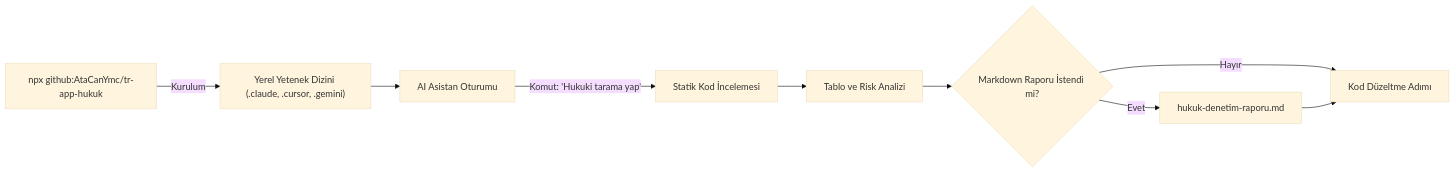
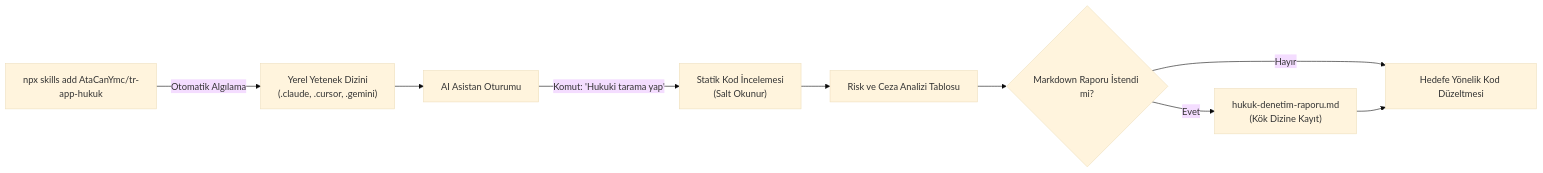
One commit to AtaCanYmc/tr-app-hukuk changed the diagram in README.md. Above: the diagram before and after it, drawn with Mermaid (base theme). The commit also changed other lines of this file and 1 other file, not shown here.

````diff
--- a/README.md
+++ b/README.md
@@ -118,11 +196,11 @@
 ```mermaid
 flowchart LR
-    A["npx github:AtaCanYmc/tr-app-hukuk"] -->|"Kurulum"| B["Yerel Yetenek Dizini (.claude, .cursor, .gemini)"]
+    A["npx skills add AtaCanYmc/tr-app-hukuk"] -->|"Otomatik Algılama"| B["Yerel Yetenek Dizini\n(.claude, .cursor, .gemini)"]
     B --> C["AI Asistan Oturumu"]
-    C -->|"Komut: 'Hukuki tarama yap'"| D["Statik Kod İncelemesi"]
-    D --> E["Tablo ve Risk Analizi"]
+    C -->|"Komut: 'Hukuki tarama yap'"| D["Statik Kod İncelemesi\n(Salt Okunur)"]
+    D --> E["Risk ve Ceza Analizi Tablosu"]
     E --> F{"Markdown Raporu İstendi mi?"}
-    F -->|"Evet"| G["hukuk-denetim-raporu.md"]
-    F -->|"Hayır"| H["Kod Düzeltme Adımı"]
+    F -->|"Evet"| G["hukuk-denetim-raporu.md\n(Kök Dizine Kayıt)"]
+    F -->|"Hayır"| H["Hedefe Yönelik Kod Düzeltmesi"]
     G --> H
 ```
````
